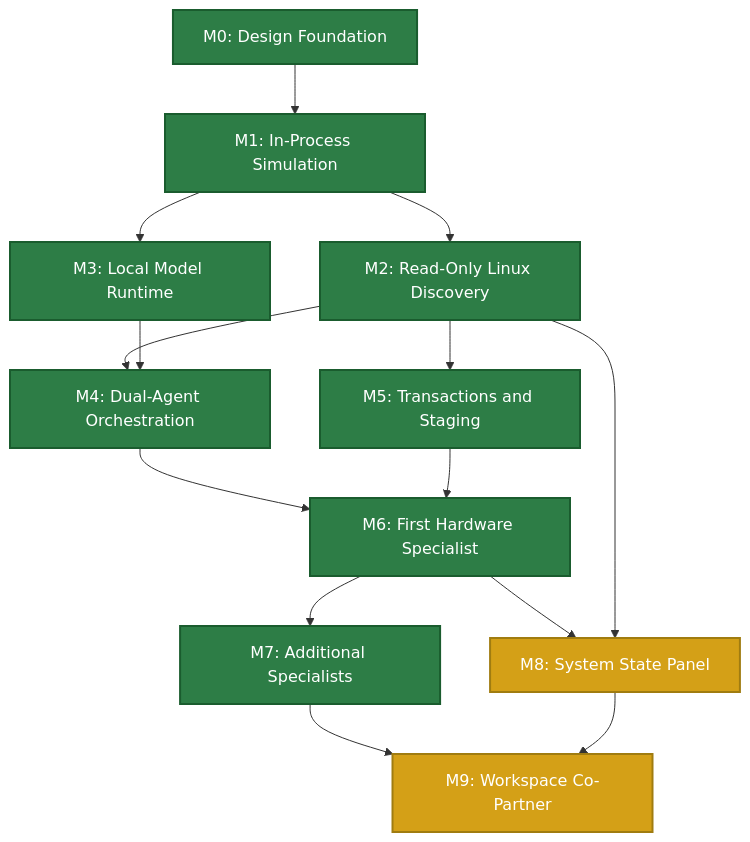
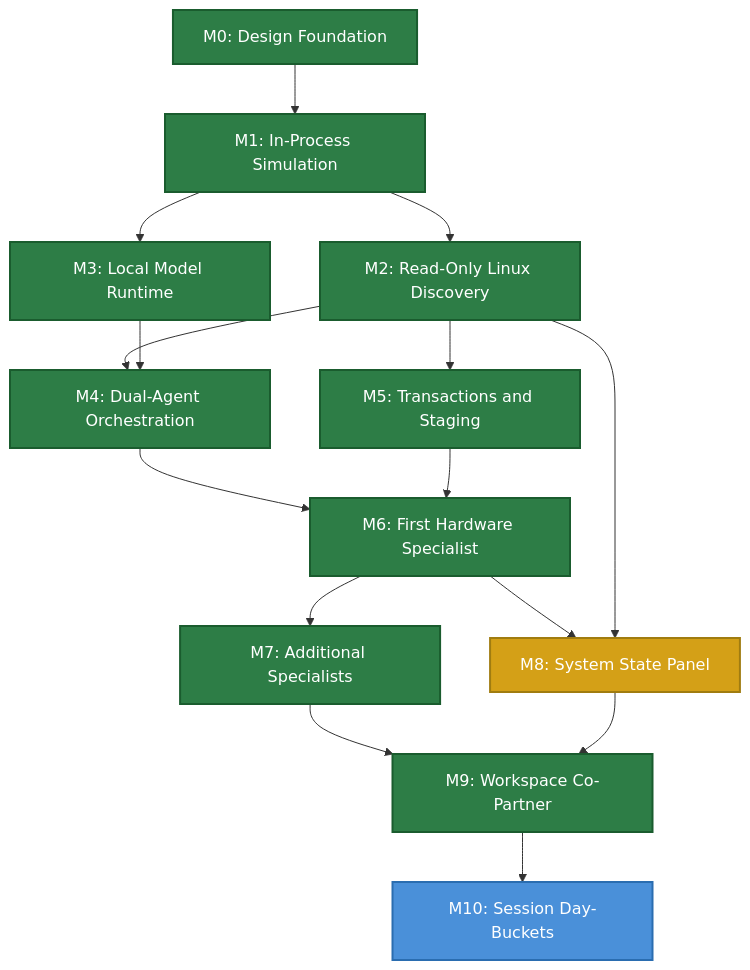
Before and after one commit to cse-creative-systems-engineering/aios: the diagram in docs/implementation-roadmap.md, drawn with Mermaid. The commit also changed 3 other files, not shown here.

Commit message:
docs: session day-buckets ADR-0009 + milestone 0005, project persistence design

````diff
--- a/docs/implementation-roadmap.md
+++ b/docs/implementation-roadmap.md
@@ -32,23 +32,25 @@
 ```mermaid
 graph TD
     M0[M0: Design Foundation] --> M1[M1: In-Process Simulation]
     M1 --> M2[M2: Read-Only Linux Discovery]
     M1 --> M3[M3: Local Model Runtime]
     M2 --> M4[M4: Dual-Agent Orchestration]
     M3 --> M4
     M2 --> M5[M5: Transactions and Staging]
     M4 --> M6[M6: First Hardware Specialist]
     M5 --> M6
     M6 --> M7[M7: Additional Specialists]
     M6 --> M8[M8: System State Panel]
     M2 --> M8
     M7 --> M9[M9: Workspace Co-Partner]
     M8 --> M9
+    M9 --> M10[M10: Session Day-Buckets]
 
     classDef done fill:#2d7d46,color:#fff,stroke:#1a5c2e,stroke-width:2px
     classDef current fill:#d4a017,color:#fff,stroke:#a07c10,stroke-width:2px
     classDef planned fill:#4a90d9,color:#fff,stroke:#2a6db0,stroke-width:2px
 
-    class M0,M1,M2,M3,M4,M5,M6,M7 done
-    class M8,M9 current
+    class M0,M1,M2,M3,M4,M5,M6,M7,M9 done
+    class M8 current
+    class M10 planned
 ```
````
